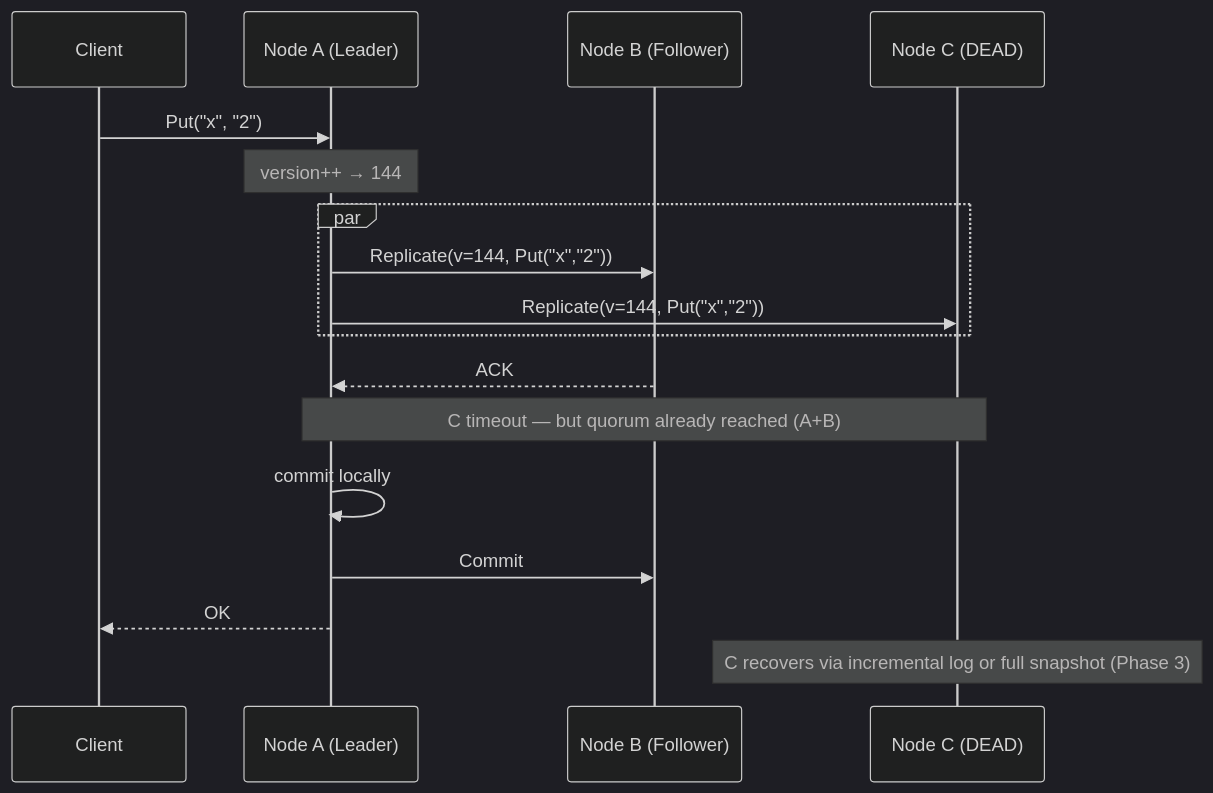
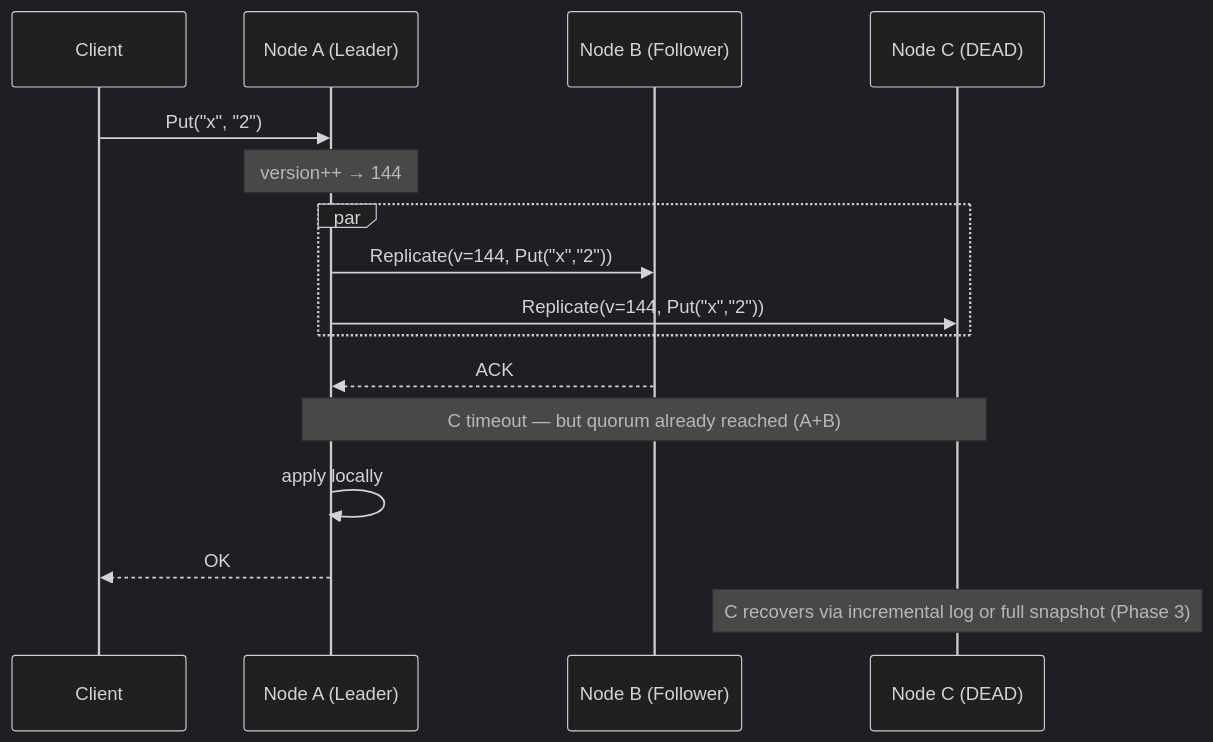
One commit to davecarr1024/doki changed the second of 9 diagrams in docs/replication.md. Above: the diagram before and after it, drawn with Mermaid (dark theme). The commit also changed other lines of this file and 15 other files, not shown here.

````diff
--- a/docs/replication.md
+++ b/docs/replication.md
@@ -70,25 +66,24 @@
 ```mermaid
 sequenceDiagram
     participant CL as Client
     participant A as Node A (Leader)
     participant B as Node B (Follower)
     participant C as Node C (DEAD)
 
     CL->>A: Put("x", "2")
     note over A: version++ → 144
 
     par
         A->>B: Replicate(v=144, Put("x","2"))
         A->>C: Replicate(v=144, Put("x","2"))
     end
 
     B-->>A: ACK
 
     note over A,C: C timeout — but quorum already reached (A+B)
 
-    A->>A: commit locally
-    A->>B: Commit
+    A->>A: apply locally
     A-->>CL: OK
 
     note over C: C recovers via incremental log or full snapshot (Phase 3)
 ```
````
